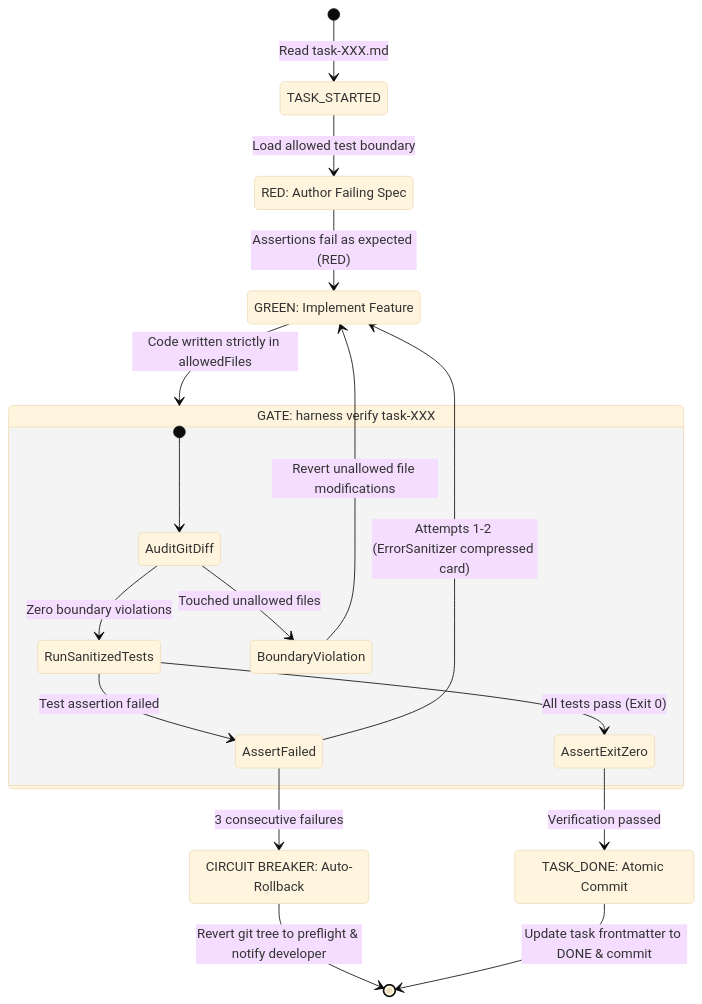
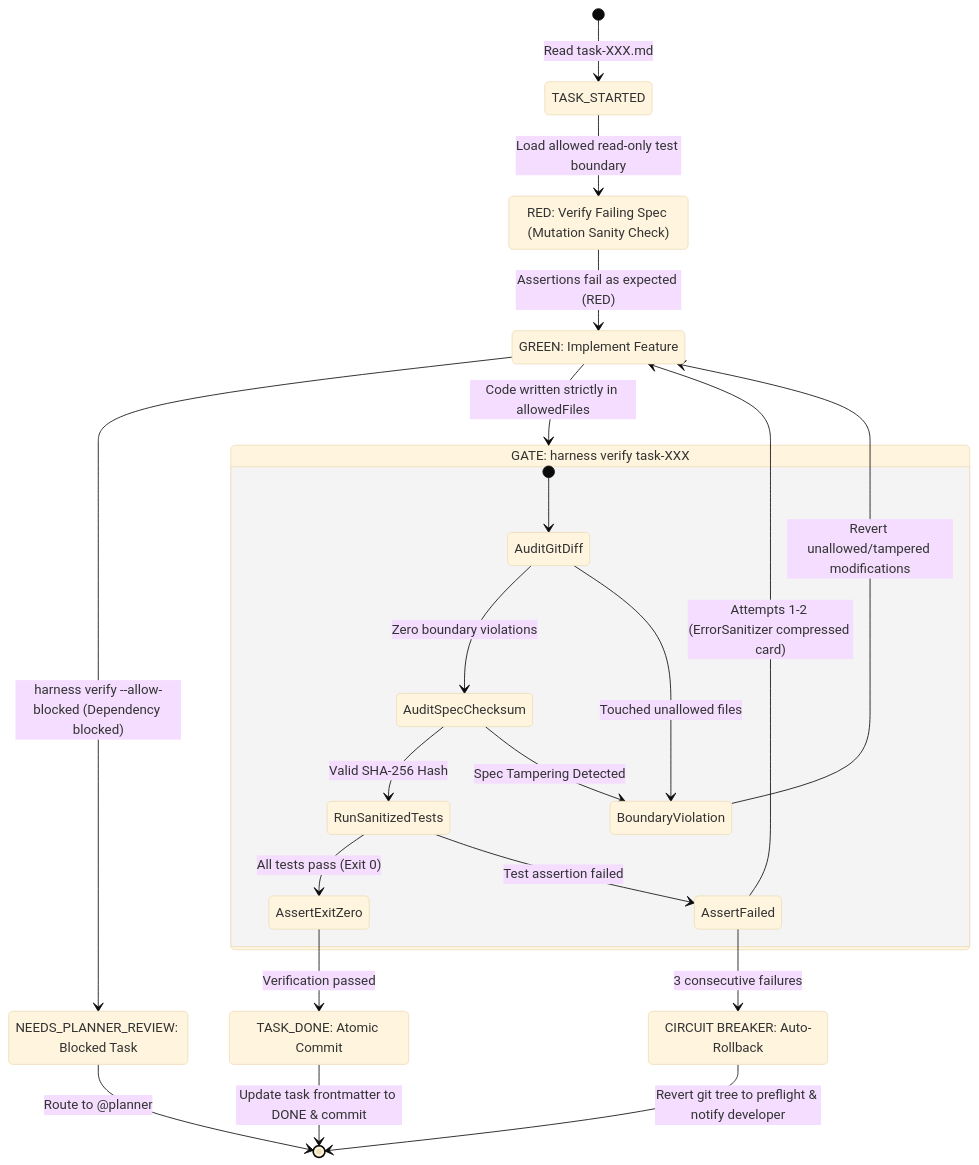
Before and after one commit to felipebrito-developer/ai-workflow-harness: the diagram in docs/diagrams/03-deterministic-verification-gate.md, drawn with Mermaid (base theme). The commit also changed 1 other file, not shown here.

Commit message:
docs: Update detailed diagrams with Clean-Room Specification architecture

````diff
--- a/docs/diagrams/03-deterministic-verification-gate.md
+++ b/docs/diagrams/03-deterministic-verification-gate.md
@@ -3,31 +3,39 @@
 ```mermaid
 stateDiagram-v2
     [*] --> TASK_STARTED: Read task-XXX.md
 
-    state "RED: Author Failing Spec" as RED_PHASE
+    state "RED: Verify Failing Spec (Mutation Sanity Check)" as RED_PHASE
     state "GREEN: Implement Feature" as GREEN_PHASE
     state "GATE: harness verify task-XXX" as VERIFY_GATE
     state "CIRCUIT BREAKER: Auto-Rollback" as CIRCUIT_BREAKER
     state "TASK_DONE: Atomic Commit" as DONE_STATE
+    state "NEEDS_PLANNER_REVIEW: Blocked Task" as REVIEW_STATE
 
-    TASK_STARTED --> RED_PHASE: Load allowed test boundary
+    TASK_STARTED --> RED_PHASE: Load allowed read-only test boundary
     RED_PHASE --> GREEN_PHASE: Assertions fail as expected (RED)
     GREEN_PHASE --> VERIFY_GATE: Code written strictly in allowedFiles
 
     state VERIFY_GATE {
         [*] --> AuditGitDiff
-        AuditGitDiff --> RunSanitizedTests: Zero boundary violations
+        AuditGitDiff --> AuditSpecChecksum: Zero boundary violations
         AuditGitDiff --> BoundaryViolation: Touched unallowed files
+        
+        AuditSpecChecksum --> RunSanitizedTests: Valid SHA-256 Hash
+        AuditSpecChecksum --> BoundaryViolation: Spec Tampering Detected
+        
         RunSanitizedTests --> AssertExitZero: All tests pass (Exit 0)
         RunSanitizedTests --> AssertFailed: Test assertion failed
     }
 
-    BoundaryViolation --> GREEN_PHASE: Revert unallowed file modifications
+    BoundaryViolation --> GREEN_PHASE: Revert unallowed/tampered modifications
     AssertFailed --> GREEN_PHASE: Attempts 1-2 (ErrorSanitizer compressed card)
     
     AssertFailed --> CIRCUIT_BREAKER: 3 consecutive failures
     CIRCUIT_BREAKER --> [*]: Revert git tree to preflight & notify developer
 
+    GREEN_PHASE --> REVIEW_STATE: harness verify --allow-blocked (Dependency blocked)
+    REVIEW_STATE --> [*]: Route to @planner
+
     AssertExitZero --> DONE_STATE: Verification passed
     DONE_STATE --> [*]: Update task frontmatter to DONE & commit
 ```
````
